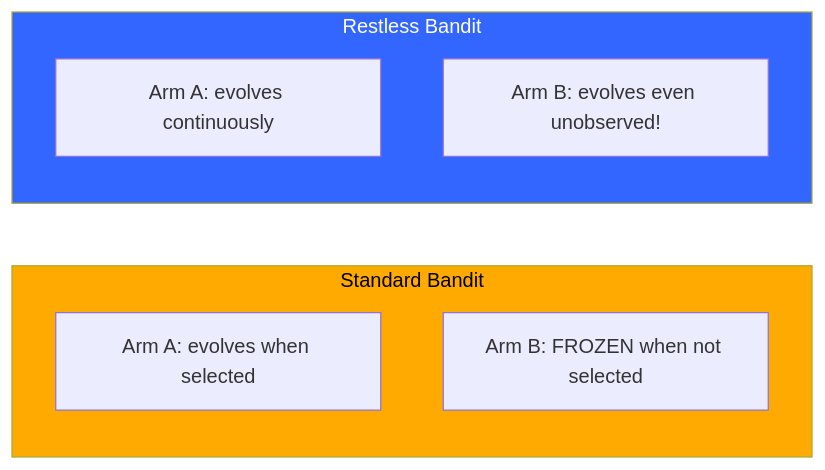
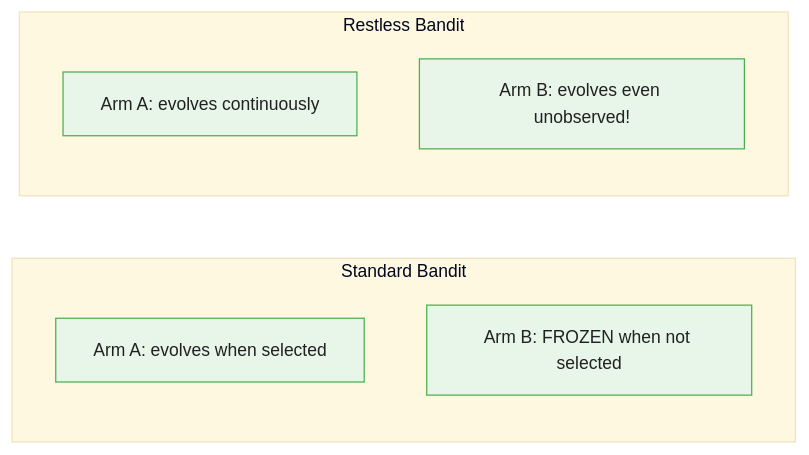
The first of 3 diagrams in courses/multi-armed-bandits-ab-testing/modules/module_06_advanced_topics/guides/02_restless_bandits_slides.md (m-deane/course-creator), drawn with Mermaid before and after one commit. The commit also changed other lines of this file and 146 other files, not shown here.

````diff
--- a/courses/multi-armed-bandits-ab-testing/modules/module_06_advanced_topics/guides/02_restless_bandits_slides.md
+++ b/courses/multi-armed-bandits-ab-testing/modules/module_06_advanced_topics/guides/02_restless_bandits_slides.md
@@ -31,14 +38,12 @@
 ```mermaid
+%%{init: {"theme": "base", "themeVariables": {"primaryColor": "#e8f5e9", "primaryBorderColor": "#4caf50", "primaryTextColor": "#212121", "secondaryColor": "#e3f2fd", "tertiaryColor": "#fff8e1", "lineColor": "#757575", "fontFamily": "Inter, sans-serif", "fontSize": "14px"}}}%%
 flowchart LR
     subgraph Standard["Standard Bandit"]
         SA["Arm A: evolves when selected"]
         SB["Arm B: FROZEN when not selected"]
     end
     subgraph Restless["Restless Bandit"]
         RA["Arm A: evolves continuously"]
         RB["Arm B: evolves even unobserved!"]
     end
-
-    style Standard fill:#fa0,color:#000
-    style Restless fill:#36f,color:#fff
 ```
````
